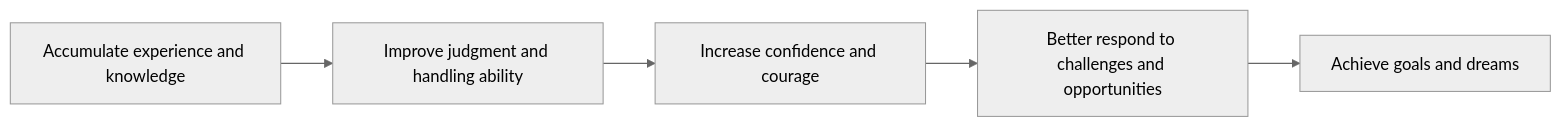
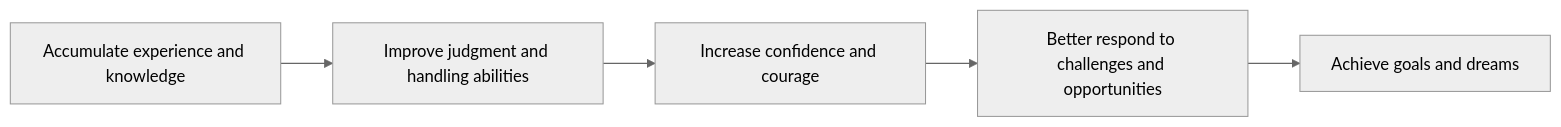
One commit to a920604a/engineernews changed the diagram in src/content/posts/career/2026-04-28-ep666-small-talk.en.md. Above: the diagram before and after it, drawn with Mermaid (neutral theme). The commit also changed other lines of this file and 49 other files, not shown here.

````diff
--- a/src/content/posts/career/2026-04-28-ep666-small-talk.en.md
+++ b/src/content/posts/career/2026-04-28-ep666-small-talk.en.md
@@ -30,7 +25,7 @@
 ```mermaid
 graph LR
-    A[Accumulate experience and knowledge] --> B[Improve judgment and handling ability]
+    A[Accumulate experience and knowledge] --> B[Improve judgment and handling abilities]
     B --> C[Increase confidence and courage]
     C --> D[Better respond to challenges and opportunities]
     D --> E[Achieve goals and dreams]
 ```
````
